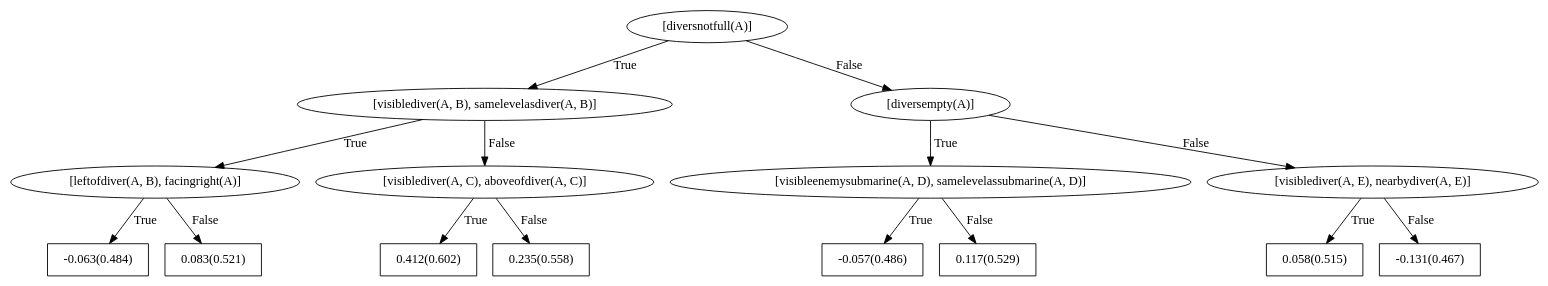
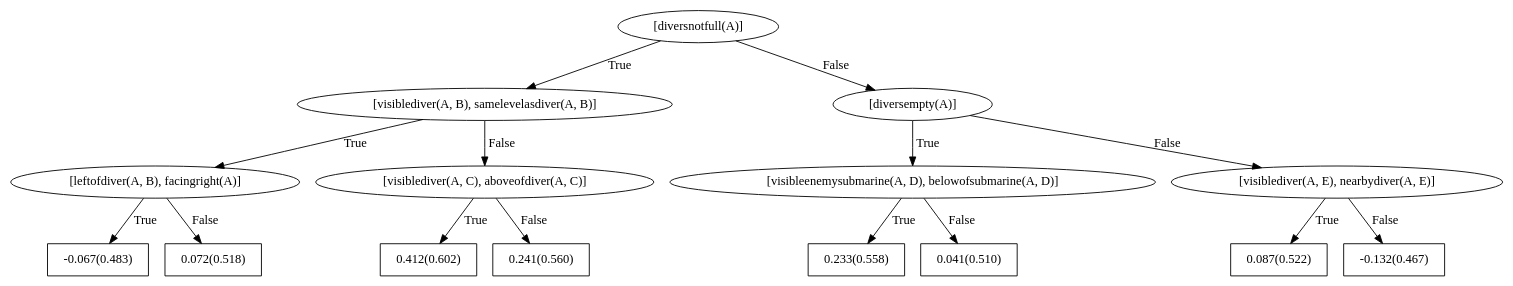
One commit to nikhileshp/NeSY-Imitation-Learning changed the diagram in rdn_models/seaquest/weighted_1object_negpos_2_trees_1_depth_2/down/bRDNs/dotFiles/WILLTreeFor_down0.dot. Above: the diagram before and after it, drawn with Graphviz. The commit also changed 746 other files, not shown here.

```diff
--- a/rdn_models/seaquest/weighted_1object_negpos_2_trees_1_depth_2/down/bRDNs/dotFiles/WILLTreeFor_down0.dot
+++ b/rdn_models/seaquest/weighted_1object_negpos_2_trees_1_depth_2/down/bRDNs/dotFiles/WILLTreeFor_down0.dot
@@ -1,31 +1,31 @@
 digraph G{ 
 1[label = "[diversnotfull(A)]"];
 1 -> 2[label="True"];
 1 -> 3[label="False"];
 2[label = "[visiblediver(A, B), samelevelasdiver(A, B)]"];
 2 -> 4[label="True"];
 2 -> 5[label="False"];
 4[label = "[leftofdiver(A, B), facingright(A)]"];
 4 -> 6[label="True"];
 4 -> 7[label="False"];
-6[shape = box,label = "-0.063(0.484)"];
-7[shape = box,label = "0.083(0.521)"];
+6[shape = box,label = "-0.067(0.483)"];
+7[shape = box,label = "0.072(0.518)"];
 5[label = "[visiblediver(A, C), aboveofdiver(A, C)]"];
 5 -> 8[label="True"];
 5 -> 9[label="False"];
 8[shape = box,label = "0.412(0.602)"];
-9[shape = box,label = "0.235(0.558)"];
+9[shape = box,label = "0.241(0.560)"];
 3[label = "[diversempty(A)]"];
 3 -> 10[label="True"];
 3 -> 11[label="False"];
-10[label = "[visibleenemysubmarine(A, D), samelevelassubmarine(A, D)]"];
+10[label = "[visibleenemysubmarine(A, D), belowofsubmarine(A, D)]"];
 10 -> 12[label="True"];
 10 -> 13[label="False"];
-12[shape = box,label = "-0.057(0.486)"];
-13[shape = box,label = "0.117(0.529)"];
+12[shape = box,label = "0.233(0.558)"];
+13[shape = box,label = "0.041(0.510)"];
 11[label = "[visiblediver(A, E), nearbydiver(A, E)]"];
 11 -> 14[label="True"];
 11 -> 15[label="False"];
-14[shape = box,label = "0.058(0.515)"];
-15[shape = box,label = "-0.131(0.467)"];
+14[shape = box,label = "0.087(0.522)"];
+15[shape = box,label = "-0.132(0.467)"];
 }
```
